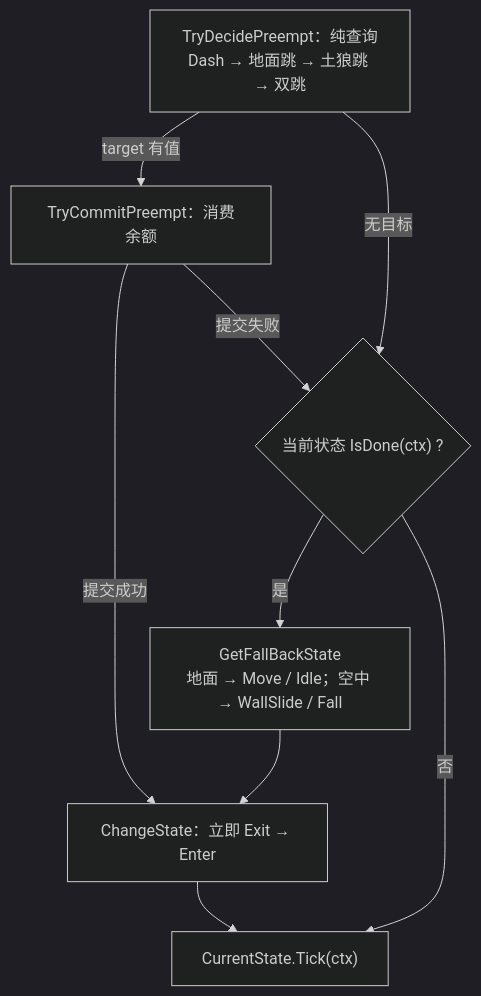
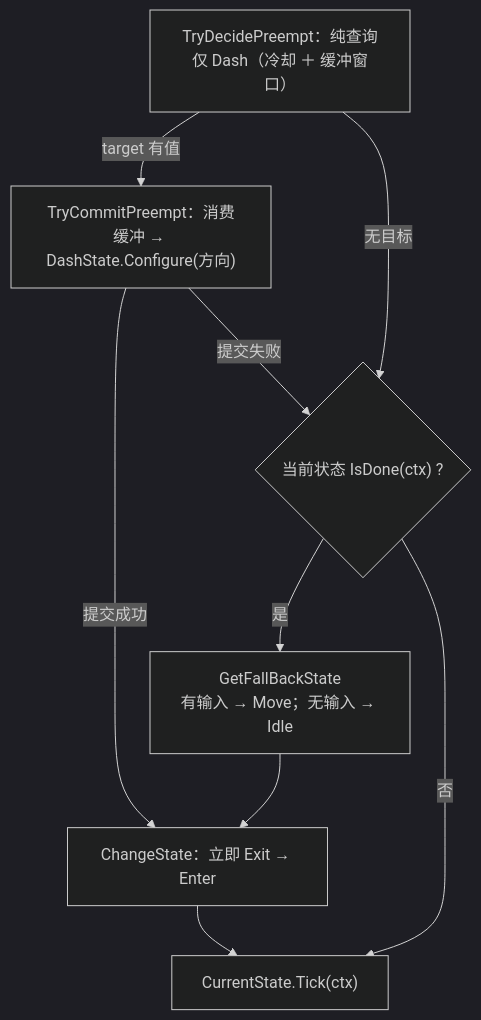
Before and after one commit to 5FYZhou/deepseaoil: the diagram in Docs/分层设计/逻辑层.md, drawn with Mermaid (dark theme). The commit also changed other lines of this file and 47 other files, not shown here.

````diff
--- a/Docs/分层设计/逻辑层.md
+++ b/Docs/分层设计/逻辑层.md
@@ -51,11 +51,11 @@
 ```mermaid
 flowchart TD
-  P["TryDecidePreempt：纯查询<br/>Dash → 地面跳 → 土狼跳 → 双跳"] -->|"target 有值"| K["TryCommitPreempt：消费余额"]
+  P["TryDecidePreempt：纯查询<br/>仅 Dash（冷却 ＋ 缓冲窗口）"] -->|"target 有值"| K["TryCommitPreempt：消费缓冲 → DashState.Configure(方向)"]
   K -->|"提交成功"| CS["ChangeState：立即 Exit → Enter"]
   K -->|"提交失败"| D{"当前状态 IsDone(ctx) ?"}
   P -->|"无目标"| D
-  D -->|"是"| FB["GetFallBackState<br/>地面 → Move / Idle；空中 → WallSlide / Fall"]
+  D -->|"是"| FB["GetFallBackState<br/>有输入 → Move；无输入 → Idle"]
   D -->|"否"| TK["CurrentState.Tick(ctx)"]
   FB --> CS
   CS --> TK
 ```
````
